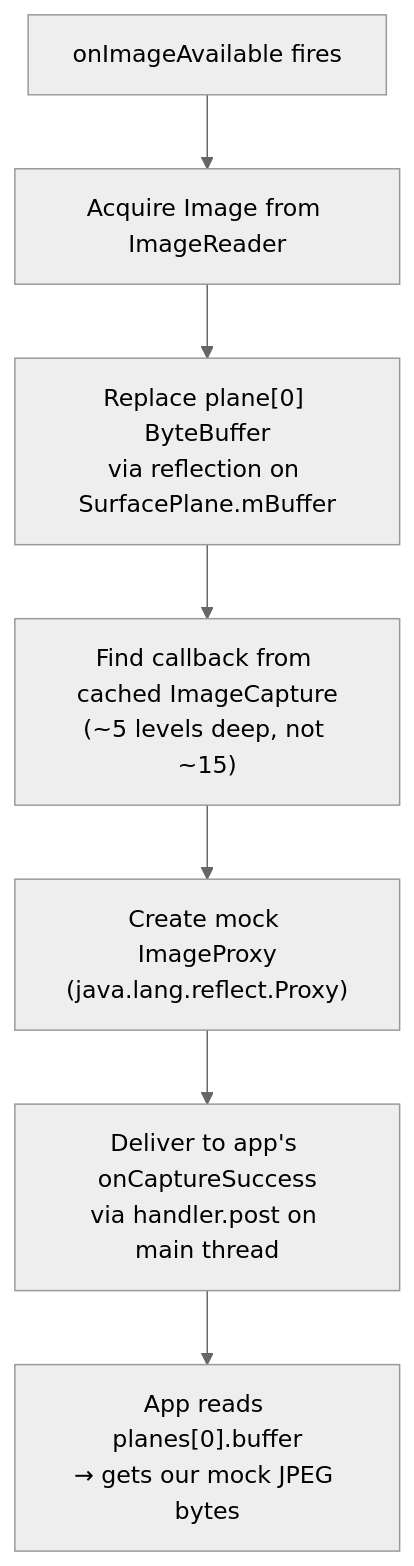
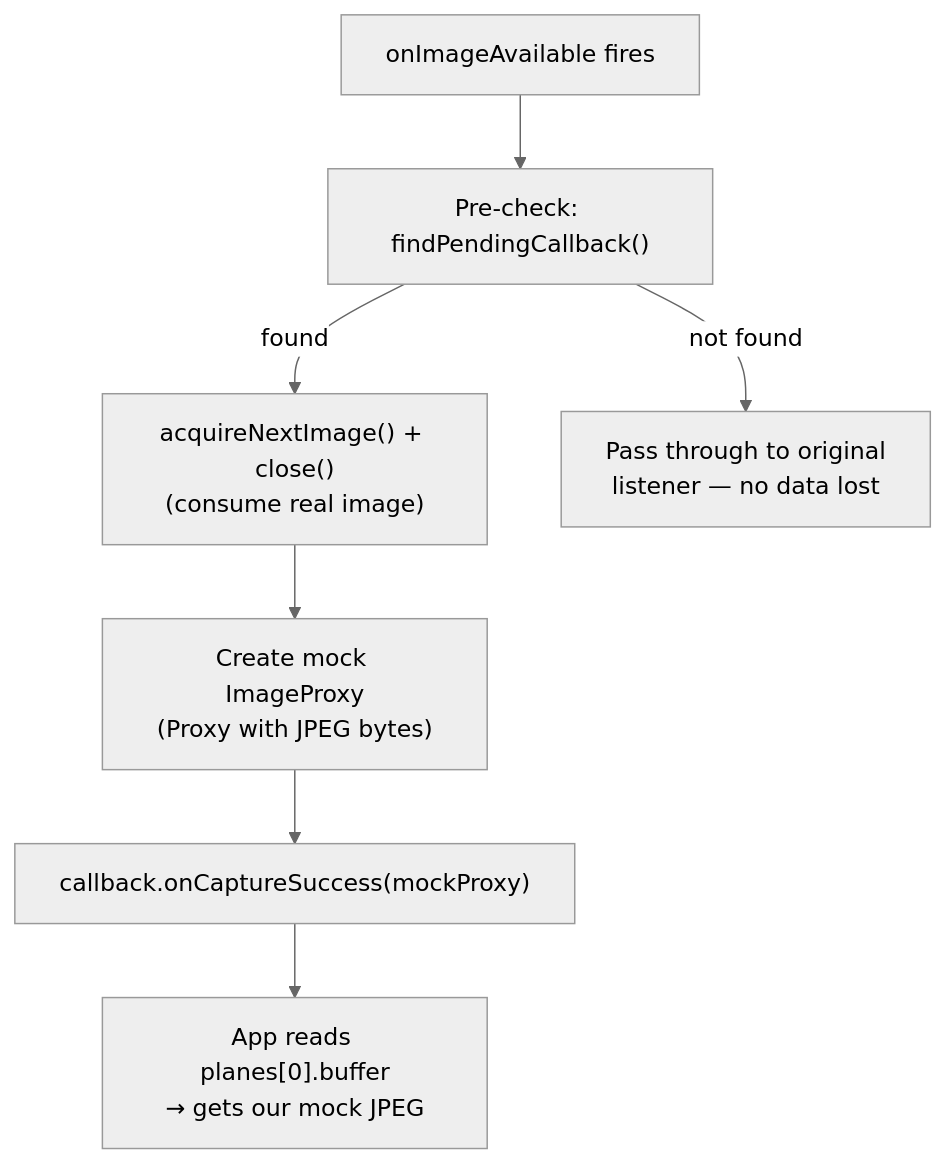
The fourth of 4 diagrams in docs/libro/10-paridad-android.md (fsaldivar-dev/AutoPilot), drawn with Mermaid (neutral theme) before and after one commit. The commit also changed other lines of this file and 1 other file, not shown here.

First line of the commit message:
docs: session 2026-04-04 — camera capture interception fix + E2E matrix

````diff
--- a/docs/libro/10-paridad-android.md
+++ b/docs/libro/10-paridad-android.md
@@ -258,9 +262,9 @@
 ```mermaid
 flowchart TD
-    A["onImageAvailable fires"] --> B["Acquire Image from ImageReader"]
-    B --> C["Replace plane[0] ByteBuffer\nvia reflection on SurfacePlane.mBuffer"]
-    C --> D["Find callback from cached ImageCapture\n(~5 levels deep, not ~15)"]
-    D --> E["Create mock ImageProxy\n(java.lang.reflect.Proxy)"]
-    E --> F["Deliver to app's onCaptureSuccess\nvia handler.post on main thread"]
-    F --> G["App reads planes[0].buffer\n→ gets our mock JPEG bytes"]
+    A["onImageAvailable fires"] --> B["Pre-check: findPendingCallback()"]
+    B -->|found| C["acquireNextImage() + close()\n(consume real image)"]
+    B -->|not found| D["Pass through to original\nlistener — no data lost"]
+    C --> E["Create mock ImageProxy\n(Proxy with JPEG bytes)"]
+    E --> F["callback.onCaptureSuccess(mockProxy)"]
+    F --> G["App reads planes[0].buffer\n→ gets our mock JPEG"]
 ```
````
